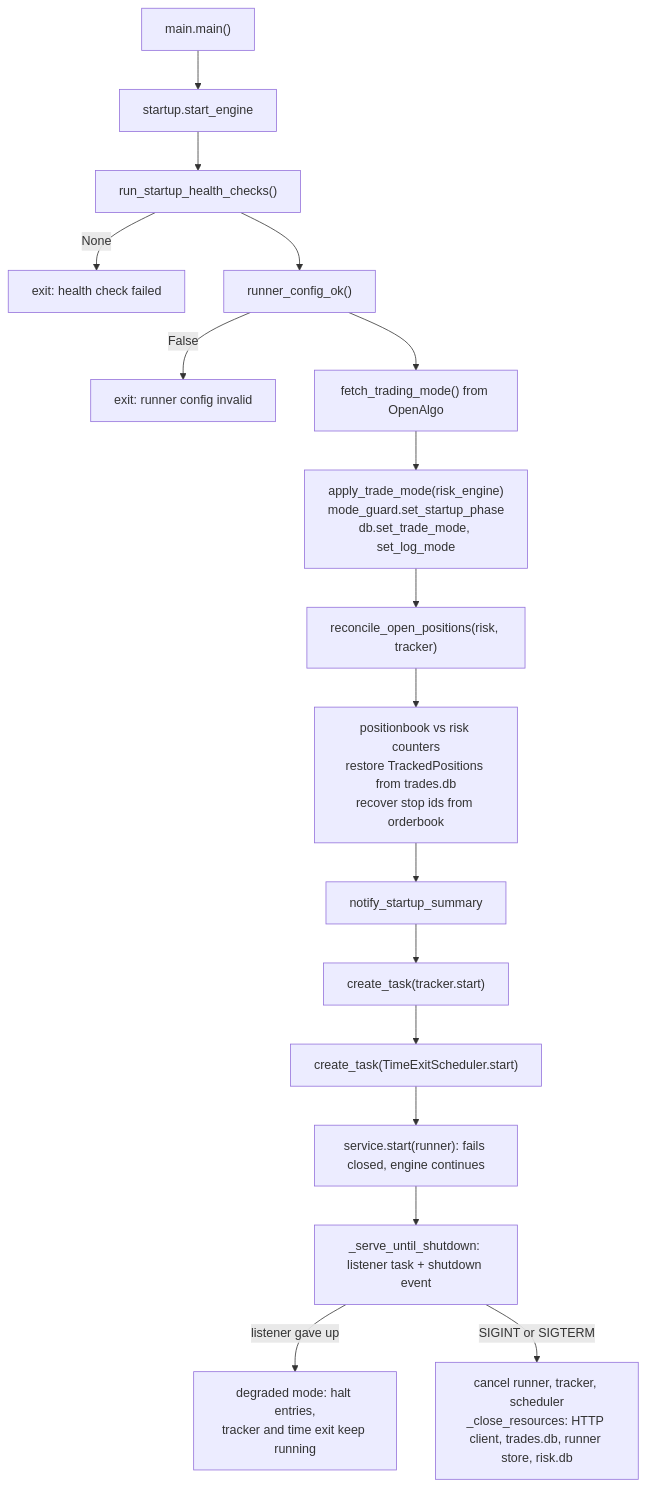
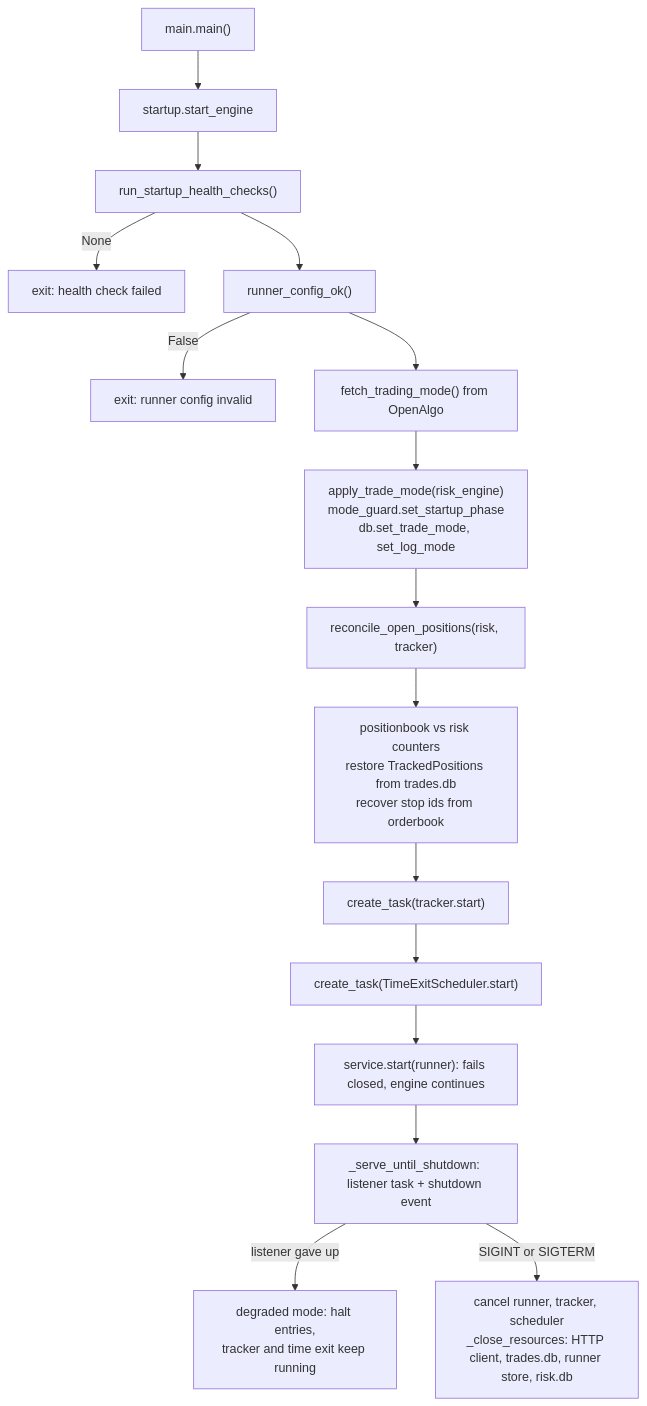
The second of 9 diagrams in signal_engine/docs/architecture/execution-flow.md (algocrafterz/openalgo), drawn with Mermaid before and after one commit. The commit also changed 19 other files, not shown here.

````diff
--- a/signal_engine/docs/architecture/execution-flow.md
+++ b/signal_engine/docs/architecture/execution-flow.md
@@ -38,19 +38,18 @@
 ```mermaid
 flowchart TD
     A["main.main()"] --> B["startup.start_engine"]
     B --> C["run_startup_health_checks()"]
     C -->|None| X1["exit: health check failed"]
     C --> D["runner_config_ok()"]
     D -->|False| X2["exit: runner config invalid"]
     D --> E["fetch_trading_mode() from OpenAlgo"]
     E --> F["apply_trade_mode(risk_engine)<br/>mode_guard.set_startup_phase<br/>db.set_trade_mode, set_log_mode"]
     F --> G["reconcile_open_positions(risk, tracker)"]
     G --> G1["positionbook vs risk counters<br/>restore TrackedPositions from trades.db<br/>recover stop ids from orderbook"]
-    G1 --> H["notify_startup_summary"]
-    H --> I["create_task(tracker.start)"]
+    G1 --> I["create_task(tracker.start)"]
     I --> J["create_task(TimeExitScheduler.start)"]
     J --> K["service.start(runner): fails closed, engine continues"]
     K --> L["_serve_until_shutdown: listener task + shutdown event"]
     L -->|listener gave up| M["degraded mode: halt entries,<br/>tracker and time exit keep running"]
     L -->|SIGINT or SIGTERM| N["cancel runner, tracker, scheduler<br/>_close_resources: HTTP client, trades.db, runner store, risk.db"]
 ```
````
